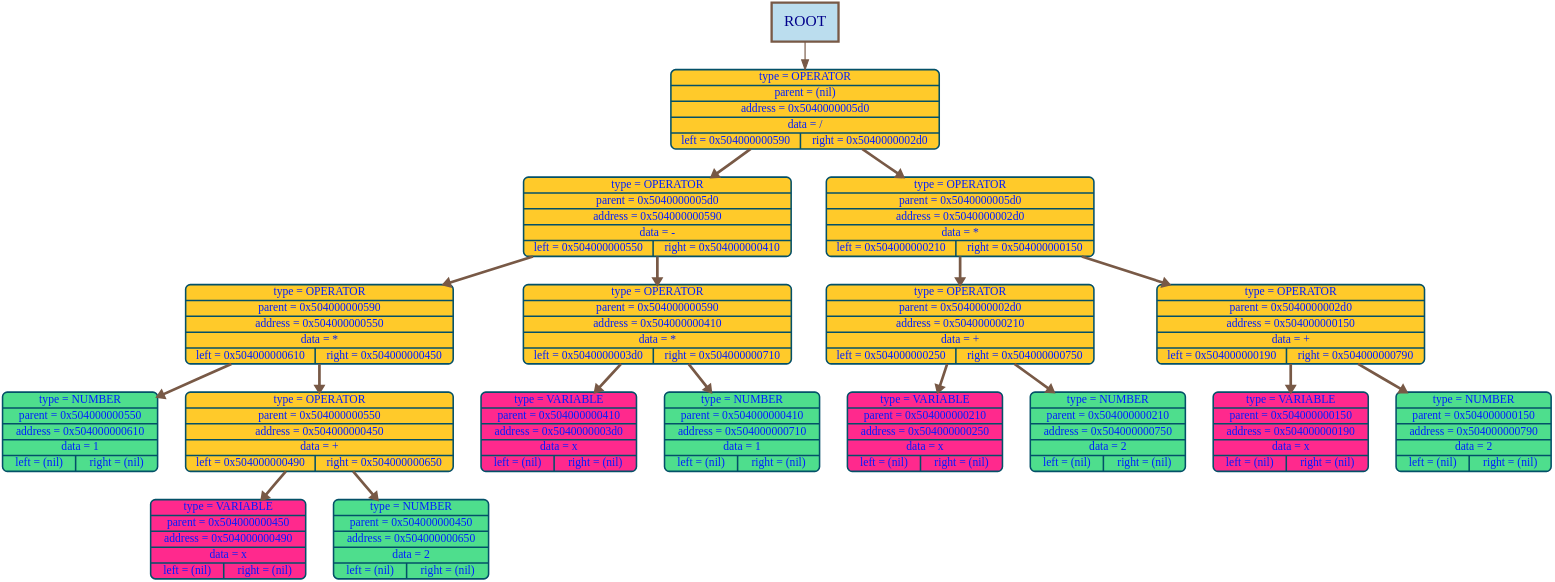
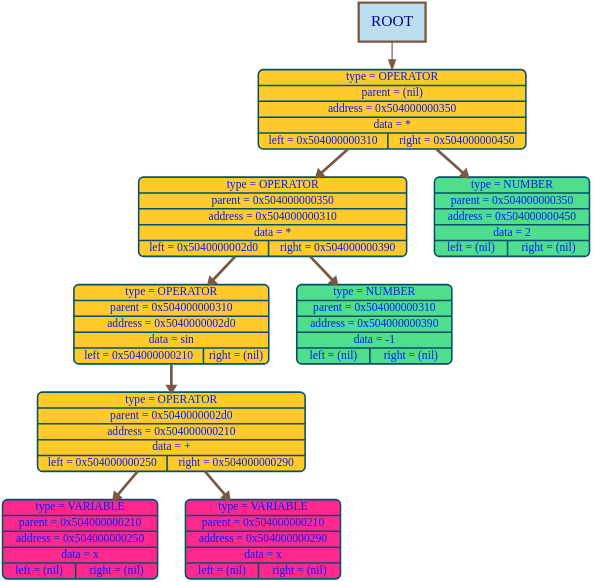
One commit to timoko3/diffirenciator changed the diagram in graphDumps/graphDump.dot. Above: the diagram before and after it, drawn with Graphviz. The commit also changed 60 other files, not shown here.

```diff
--- a/graphDumps/graphDump.dot
+++ b/graphDumps/graphDump.dot
@@ -1,42 +1,24 @@
 digraph G {
 bgcolor="transparent"
 nodesep = 1;
 ranksep = 1
 	node [shape=Mrecord, style="filled", fillcolor="#70c07cff", fontcolor="#001effff", color="#035068ff", penwidth=4, fontname="Menlo", fontsize=30];
 
-	node1488 [label="{type = OPERATOR | parent = (nil) | address = 0x5040000005d0 | data = / | {left = 0x504000000590 | right = 0x5040000002d0}} ", fillcolor="#ffca2aff"];
-	node1424 [label="{type = OPERATOR | parent = 0x5040000005d0 | address = 0x504000000590 | data = - | {left = 0x504000000550 | right = 0x504000000410}} ", fillcolor="#ffca2aff"];
-	node1360 [label="{type = OPERATOR | parent = 0x504000000590 | address = 0x504000000550 | data = * | {left = 0x504000000610 | right = 0x504000000450}} ", fillcolor="#ffca2aff"];
-	node1552 [label="{type = NUMBER | parent = 0x504000000550 | address = 0x504000000610 | data = 1 | {left = (nil) | right = (nil)}} ", fillcolor="#4ede8dff"];
-	node1104 [label="{type = OPERATOR | parent = 0x504000000550 | address = 0x504000000450 | data = + | {left = 0x504000000490 | right = 0x504000000650}} ", fillcolor="#ffca2aff"];
-	node1168 [label="{type = VARIABLE | parent = 0x504000000450 | address = 0x504000000490 | data = x | {left = (nil) | right = (nil)}} ", fillcolor="#ff298dff"];
-	node1616 [label="{type = NUMBER | parent = 0x504000000450 | address = 0x504000000650 | data = 2 | {left = (nil) | right = (nil)}} ", fillcolor="#4ede8dff"];
-	node1040 [label="{type = OPERATOR | parent = 0x504000000590 | address = 0x504000000410 | data = * | {left = 0x5040000003d0 | right = 0x504000000710}} ", fillcolor="#ffca2aff"];
-	node976 [label="{type = VARIABLE | parent = 0x504000000410 | address = 0x5040000003d0 | data = x | {left = (nil) | right = (nil)}} ", fillcolor="#ff298dff"];
-	node1808 [label="{type = NUMBER | parent = 0x504000000410 | address = 0x504000000710 | data = 1 | {left = (nil) | right = (nil)}} ", fillcolor="#4ede8dff"];
-	node720 [label="{type = OPERATOR | parent = 0x5040000005d0 | address = 0x5040000002d0 | data = * | {left = 0x504000000210 | right = 0x504000000150}} ", fillcolor="#ffca2aff"];
-	node528 [label="{type = OPERATOR | parent = 0x5040000002d0 | address = 0x504000000210 | data = + | {left = 0x504000000250 | right = 0x504000000750}} ", fillcolor="#ffca2aff"];
+	node848 [label="{type = OPERATOR | parent = (nil) | address = 0x504000000350 | data = * | {left = 0x504000000310 | right = 0x504000000450}} ", fillcolor="#ffca2aff"];
+	node784 [label="{type = OPERATOR | parent = 0x504000000350 | address = 0x504000000310 | data = * | {left = 0x5040000002d0 | right = 0x504000000390}} ", fillcolor="#ffca2aff"];
+	node720 [label="{type = OPERATOR | parent = 0x504000000310 | address = 0x5040000002d0 | data = sin | {left = 0x504000000210 | right = (nil)}} ", fillcolor="#ffca2aff"];
+	node528 [label="{type = OPERATOR | parent = 0x5040000002d0 | address = 0x504000000210 | data = + | {left = 0x504000000250 | right = 0x504000000290}} ", fillcolor="#ffca2aff"];
 	node592 [label="{type = VARIABLE | parent = 0x504000000210 | address = 0x504000000250 | data = x | {left = (nil) | right = (nil)}} ", fillcolor="#ff298dff"];
-	node1872 [label="{type = NUMBER | parent = 0x504000000210 | address = 0x504000000750 | data = 2 | {left = (nil) | right = (nil)}} ", fillcolor="#4ede8dff"];
-	node336 [label="{type = OPERATOR | parent = 0x5040000002d0 | address = 0x504000000150 | data = + | {left = 0x504000000190 | right = 0x504000000790}} ", fillcolor="#ffca2aff"];
-	node400 [label="{type = VARIABLE | parent = 0x504000000150 | address = 0x504000000190 | data = x | {left = (nil) | right = (nil)}} ", fillcolor="#ff298dff"];
-	node1936 [label="{type = NUMBER | parent = 0x504000000150 | address = 0x504000000790 | data = 2 | {left = (nil) | right = (nil)}} ", fillcolor="#4ede8dff"];
-node1488 ->node1424 [color="#785946ff", arrowsize=1.5, penwidth=7, weight=1000];
-node1424 ->node1360 [color="#785946ff", arrowsize=1.5, penwidth=7, weight=1000];
-node1360 ->node1552 [color="#785946ff", arrowsize=1.5, penwidth=7, weight=1000];
-node1360->node1104 [color="#785946ff", arrowsize=1.5, penwidth=7, weight=1000];
-node1104 ->node1168 [color="#785946ff", arrowsize=1.5, penwidth=7, weight=1000];
-node1104->node1616 [color="#785946ff", arrowsize=1.5, penwidth=7, weight=1000];
-node1424->node1040 [color="#785946ff", arrowsize=1.5, penwidth=7, weight=1000];
-node1040 ->node976 [color="#785946ff", arrowsize=1.5, penwidth=7, weight=1000];
-node1040->node1808 [color="#785946ff", arrowsize=1.5, penwidth=7, weight=1000];
-node1488->node720 [color="#785946ff", arrowsize=1.5, penwidth=7, weight=1000];
+	node656 [label="{type = VARIABLE | parent = 0x504000000210 | address = 0x504000000290 | data = x | {left = (nil) | right = (nil)}} ", fillcolor="#ff298dff"];
+	node912 [label="{type = NUMBER | parent = 0x504000000310 | address = 0x504000000390 | data = -1 | {left = (nil) | right = (nil)}} ", fillcolor="#4ede8dff"];
+	node1104 [label="{type = NUMBER | parent = 0x504000000350 | address = 0x504000000450 | data = 2 | {left = (nil) | right = (nil)}} ", fillcolor="#4ede8dff"];
+node848 ->node784 [color="#785946ff", arrowsize=1.5, penwidth=7, weight=1000];
+node784 ->node720 [color="#785946ff", arrowsize=1.5, penwidth=7, weight=1000];
 node720 ->node528 [color="#785946ff", arrowsize=1.5, penwidth=7, weight=1000];
 node528 ->node592 [color="#785946ff", arrowsize=1.5, penwidth=7, weight=1000];
-node528->node1872 [color="#785946ff", arrowsize=1.5, penwidth=7, weight=1000];
-node720->node336 [color="#785946ff", arrowsize=1.5, penwidth=7, weight=1000];
-node336 ->node400 [color="#785946ff", arrowsize=1.5, penwidth=7, weight=1000];
-node336->node1936 [color="#785946ff", arrowsize=1.5, penwidth=7, weight=1000];
+node528->node656 [color="#785946ff", arrowsize=1.5, penwidth=7, weight=1000];
+node784->node912 [color="#785946ff", arrowsize=1.5, penwidth=7, weight=1000];
+node848->node1104 [color="#785946ff", arrowsize=1.5, penwidth=7, weight=1000];
 root_label [shape=box, width = 2.4, height = 1.4, label="ROOT", style="filled", fillcolor="#BBDDEE", color="#785946ff", penwidth = 6,  fontcolor="darkblue", fontsize = 40];
-root_label -> node1488 [color="#785946ff"  , arrowsize=2.5, penwidth=3];
+root_label -> node848 [color="#785946ff"  , arrowsize=2.5, penwidth=3];
 }
```
